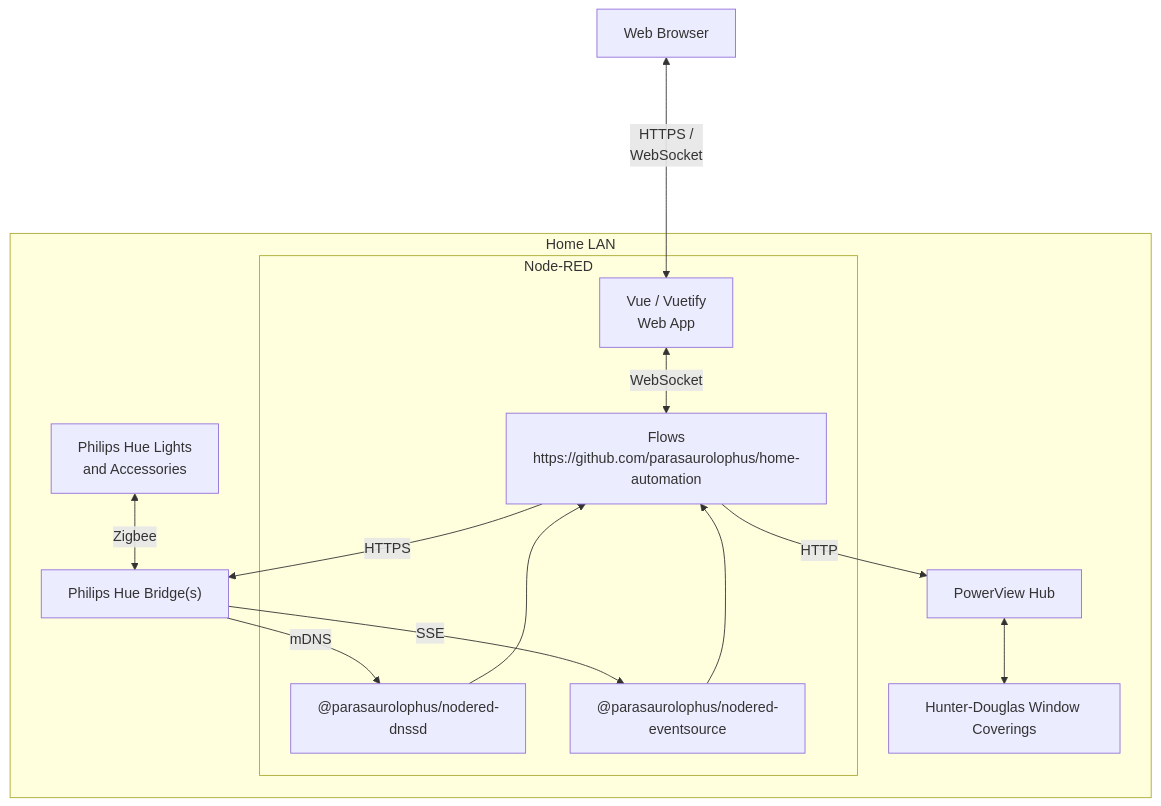
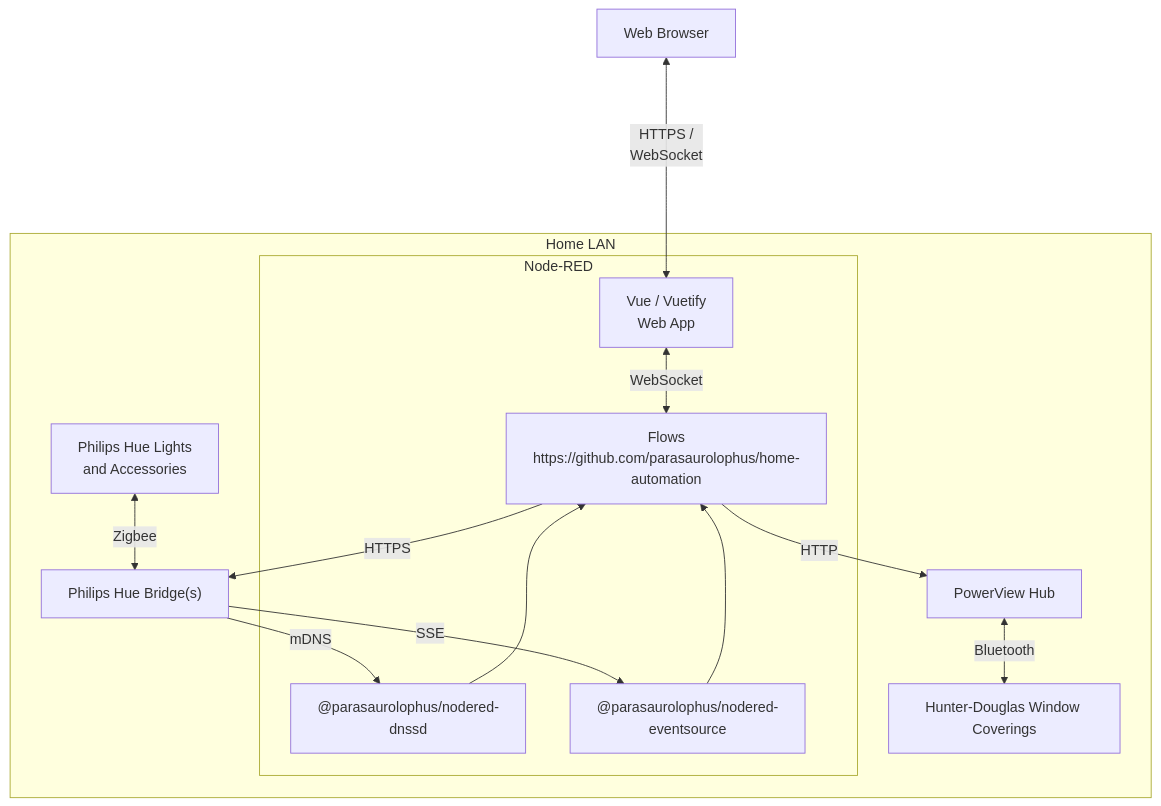
Before and after one commit to parasaurolophus/home-automation: the diagram in README.md, drawn with Mermaid.

Commit message:
Update mermaid diagram in README.md

````diff
--- a/README.md
+++ b/README.md
@@ -9,41 +9,41 @@
 ```mermaid
 graph TB
 
     browser["Web Browser"]
 
     subgraph "Home LAN"
 
         huebridge["Philips Hue Bridge(s)"]
         huedevice["Philips Hue Lights\nand Accessories"]
         pvhub["PowerView Hub"]
         pvdevice["Hunter-Douglas Window Coverings"]
 
         subgraph nodered["Node-RED"]
 
             vue["Vue / Vuetify\nWeb App"]
             flows["Flows\nhttps://github.com/parasaurolophus/home-automation"]
             dnssd["@parasaurolophus/nodered-dnssd"]
             eventsource["@parasaurolophus/nodered-eventsource"]
 
             vue <-- "WebSocket" --> flows
             dnssd --> flows
             eventsource --> flows
 
         end
 
         flows -- HTTP --> pvhub
         flows -- "HTTPS" --> huebridge
         huebridge -- "SSE" --> eventsource
         huebridge -- "mDNS" --> dnssd
         huedevice <-- "Zigbee" --> huebridge
-        pvhub <--> pvdevice
+        pvhub <-- Bluetooth --> pvdevice
 
         click flows "https://github.com/parasaurolophus/home-automation" _blank
         click dnssd "https://flows.nodered.org/node/@parasaurolophus/node-red-dnssd" _blank
         click eventsource "https://flows.nodered.org/node/@parasaurolophus/node-red-eventsource" _blank
         click vue "https://github.com/parasaurolophus/home-automation/tree/main/dashboard" _blank
 
     end
 
     browser <-- "HTTPS /\nWebSocket" ----> vue
 ```
````
